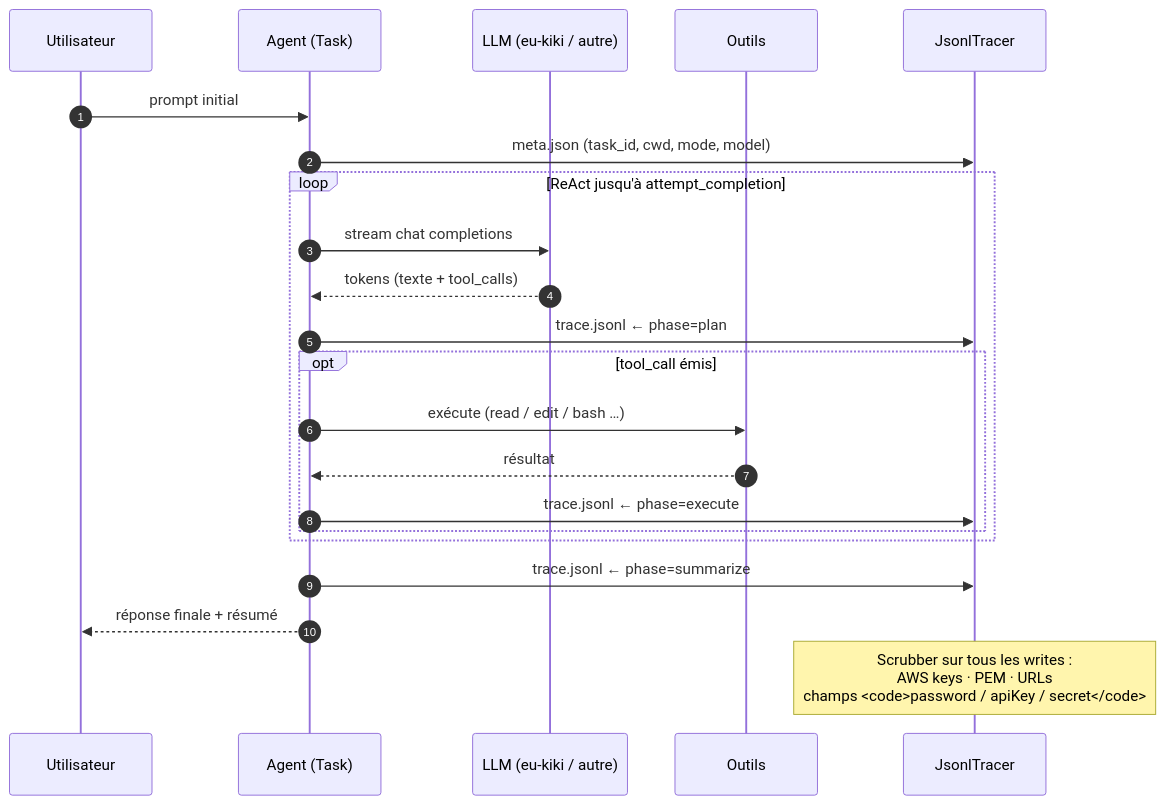
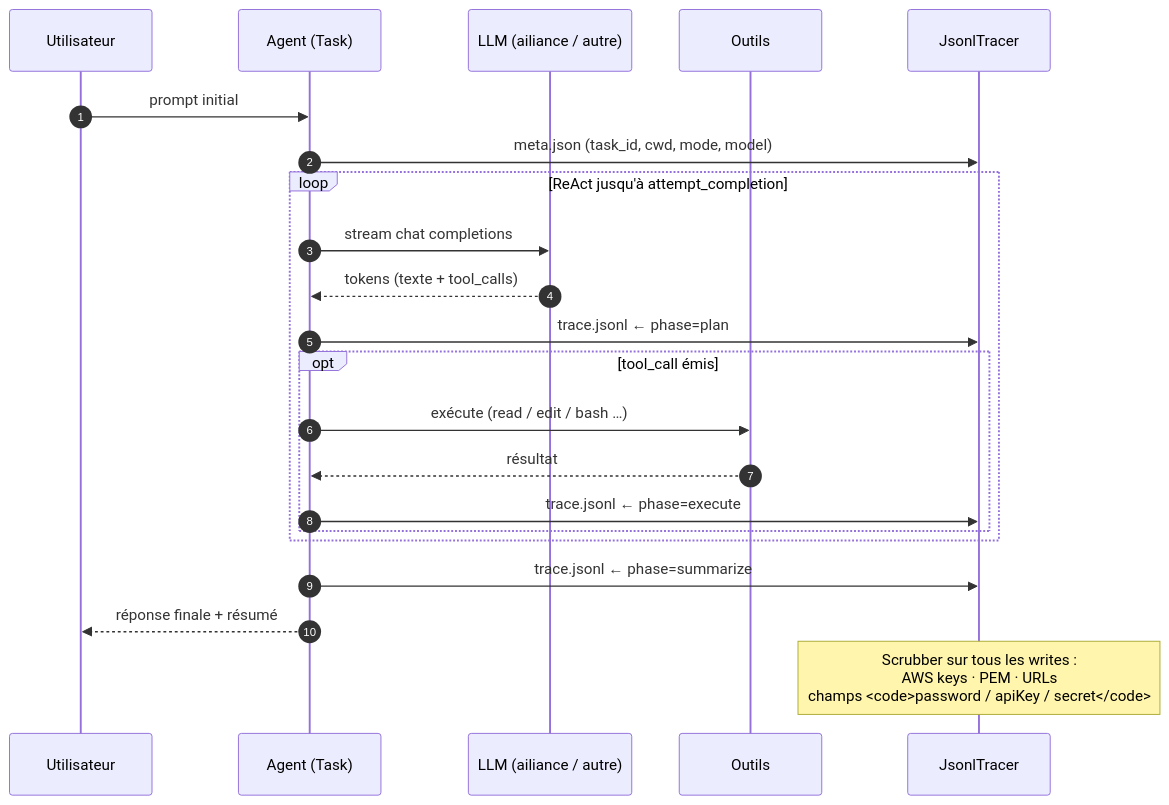
One commit to ailiance/ailiance-agent changed the third of 5 diagrams in README.md. Above: the diagram before and after it, drawn with Mermaid. The commit also changed other lines of this file and 90 other files, not shown here.

````diff
--- a/README.md
+++ b/README.md
@@ -259,28 +259,28 @@
 ```mermaid
 sequenceDiagram
     autonumber
     participant U as Utilisateur
     participant A as Agent (Task)
-    participant L as LLM (eu-kiki / autre)
+    participant L as LLM (ailiance / autre)
     participant T as Outils
     participant J as JsonlTracer
 
     U->>A: prompt initial
     A->>J: meta.json (task_id, cwd, mode, model)
 
     loop ReAct jusqu'à attempt_completion
         A->>L: stream chat completions
         L-->>A: tokens (texte + tool_calls)
         A->>J: trace.jsonl ← phase=plan
         opt tool_call émis
             A->>T: exécute (read / edit / bash …)
             T-->>A: résultat
             A->>J: trace.jsonl ← phase=execute
         end
     end
 
     A->>J: trace.jsonl ← phase=summarize
     A-->>U: réponse finale + résumé
 
     Note over J: Scrubber sur tous les writes :<br/>AWS keys · PEM · URLs<br/>champs <code>password / apiKey / secret</code>
 ```
````
